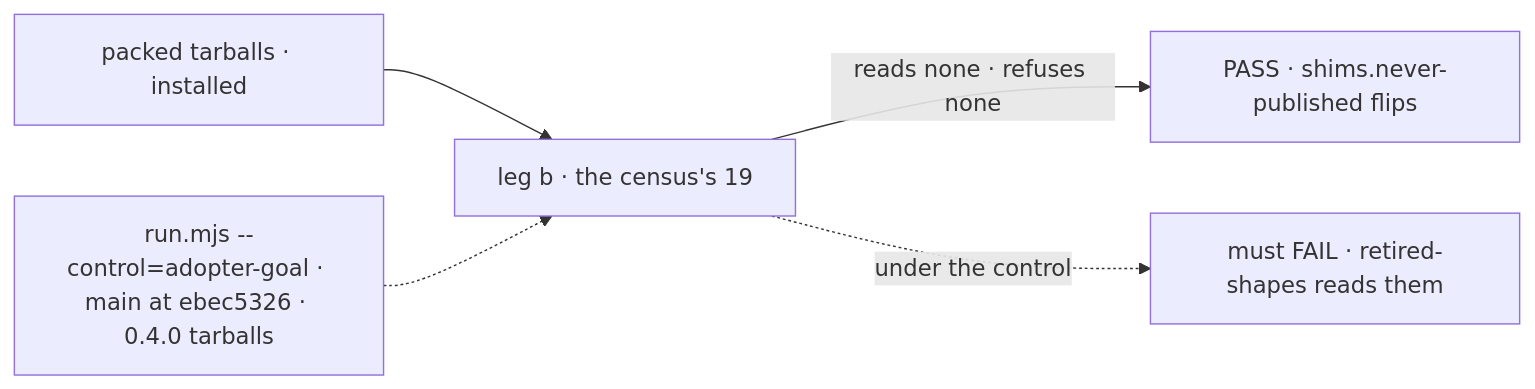
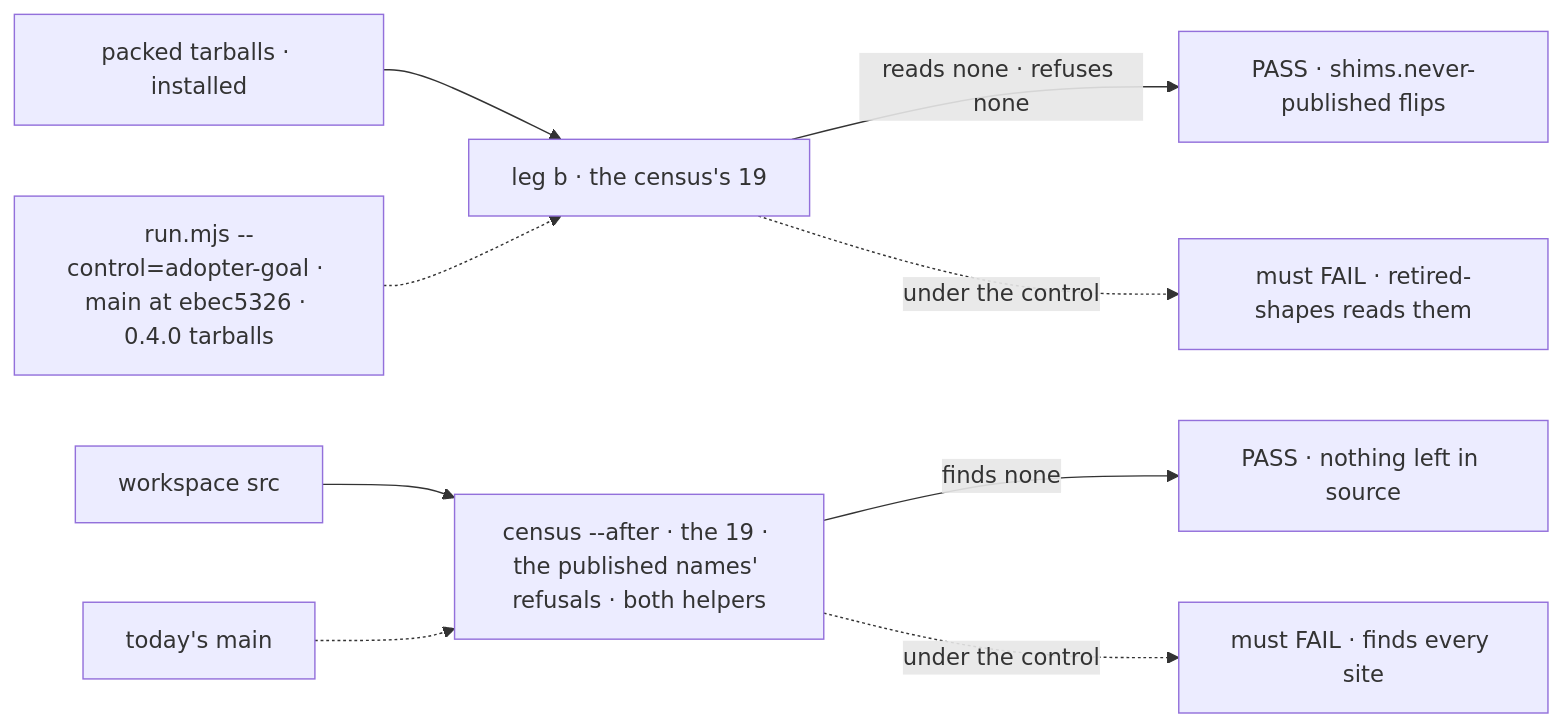
One commit to fixpoint-labs/flow-state-dev changed the diagram in specs/issues/FIX-2454/SPEC.md. Above: the diagram before and after it, drawn with Mermaid. The commit also changed other lines of this file and 1 other file, not shown here.

First line of the commit message:
spec(FIX-2454): widen the goal check to the published refusals and both helpers

````diff
--- a/specs/issues/FIX-2454/SPEC.md
+++ b/specs/issues/FIX-2454/SPEC.md
@@ -36,7 +36,11 @@
 ```mermaid
 flowchart LR
   T["packed tarballs · installed"] --> B["leg b · the census's 19"]
   B -->|"reads none · refuses none"| P["PASS · shims.never-published flips"]
   C["run.mjs --control=adopter-goal · main at ebec5326 · 0.4.0 tarballs"] -.-> B
   B -.->|"under the control"| F["must FAIL · retired-shapes reads them"]
+  W["workspace src"] --> A["census --after · the 19 · the published names' refusals · both helpers"]
+  A -->|"finds none"| P2["PASS · nothing left in source"]
+  M["today's main"] -.-> A
+  A -.->|"under the control"| F2["must FAIL · finds every site"]
 ```
````
